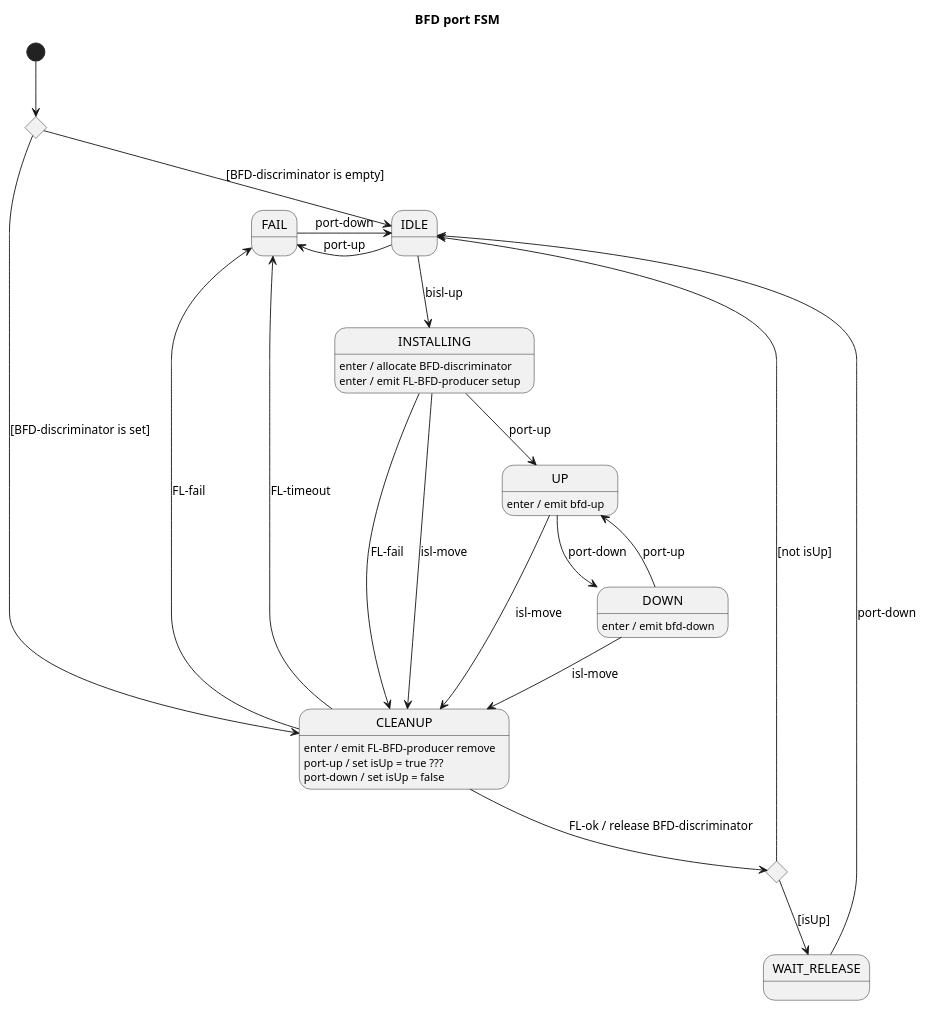
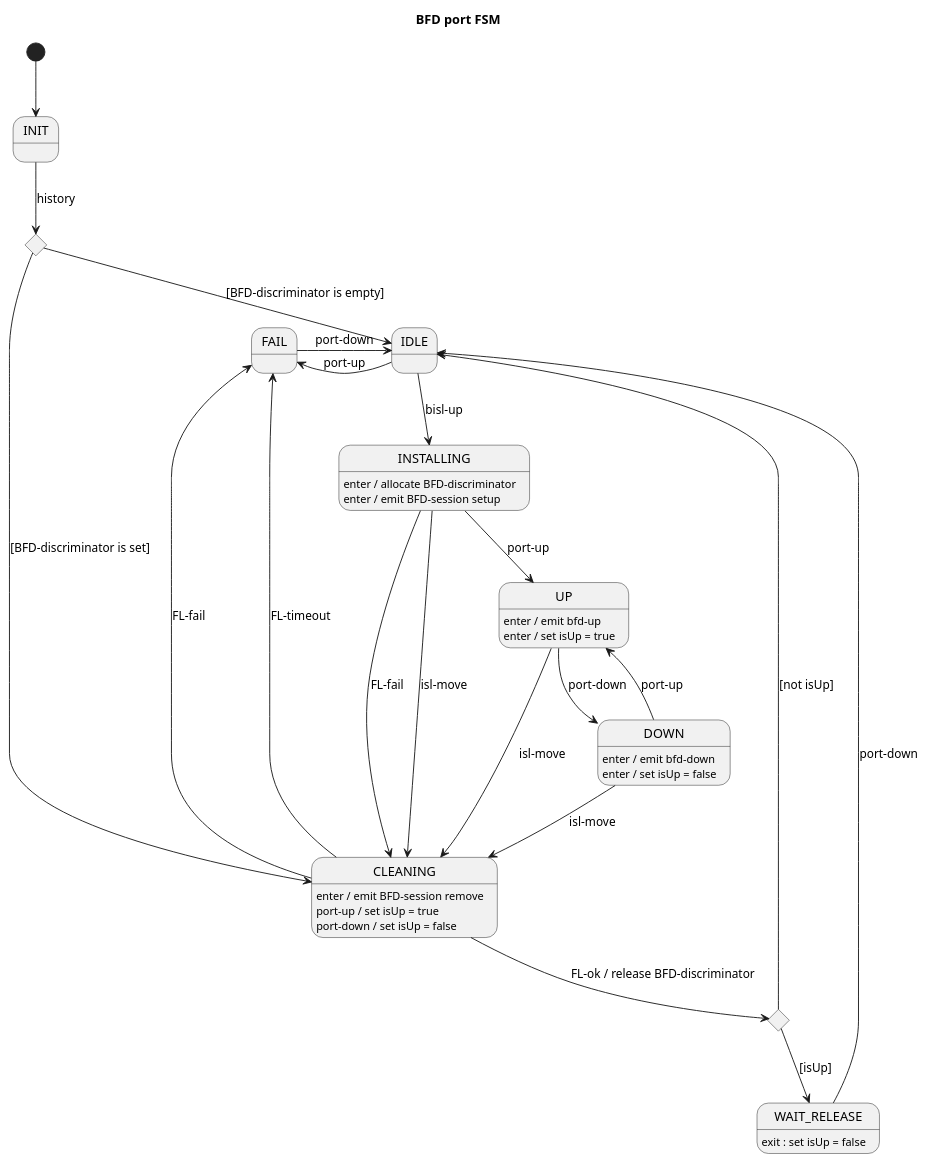
The diagram in docs/design/network-discovery/bfd-port-FSM.puml (mikalstill/open-kilda), drawn with PlantUML before and after one commit. The commit also changed other lines of this file and 27 other files, not shown here.

```diff
--- a/docs/design/network-discovery/bfd-port-FSM.puml
+++ b/docs/design/network-discovery/bfd-port-FSM.puml
@@ -18,44 +18,48 @@
 @startuml
 title BFD port FSM
 
+[*] --> INIT
+
 state initChoice <<choice>>
-[*] --> initChoice
+INIT --> initChoice : history
 
 initChoice --> IDLE : [BFD-discriminator is empty]
-initChoice --> CLEANUP : [BFD-discriminator is set]
+initChoice --> CLEANING : [BFD-discriminator is set]
 
 IDLE --> INSTALLING : bisl-up
 IDLE -l-> FAIL : port-up
 
 INSTALLING --> UP : port-up
-INSTALLING --> CLEANUP : FL-fail
-INSTALLING --> CLEANUP : isl-move
+INSTALLING --> CLEANING : FL-fail
+INSTALLING --> CLEANING : isl-move
 INSTALLING : enter / allocate BFD-discriminator
-INSTALLING : enter / emit FL-BFD-producer setup
+INSTALLING : enter / emit BFD-session setup
 
-state cleanupChoice <<choice>>
+state cleaningChoice <<choice>>
 
-CLEANUP --> cleanupChoice : FL-ok / release BFD-discriminator
-CLEANUP --> FAIL : FL-fail
-CLEANUP --> FAIL : FL-timeout
-CLEANUP : enter / emit FL-BFD-producer remove
-CLEANUP : port-up / set isUp = true ???
-CLEANUP : port-down / set isUp = false
+CLEANING --> cleaningChoice : FL-ok / release BFD-discriminator
+CLEANING --> FAIL : FL-fail
+CLEANING --> FAIL : FL-timeout
+CLEANING : enter / emit BFD-session remove
+CLEANING : port-up / set isUp = true
+CLEANING : port-down / set isUp = false
 
-cleanupChoice --> IDLE : [not isUp]
-cleanupChoice --> WAIT_RELEASE : [isUp]
+cleaningChoice --> IDLE : [not isUp]
+cleaningChoice --> WAIT_RELEASE : [isUp]
 
 WAIT_RELEASE --> IDLE : port-down
+WAIT_RELEASE : exit : set isUp = false
 
 UP --> DOWN : port-down
-UP --> CLEANUP : isl-move
+UP --> CLEANING : isl-move
 UP : enter / emit bfd-up
+UP : enter / set isUp = true
 
 DOWN --> UP : port-up
-DOWN --> CLEANUP : isl-move
+DOWN --> CLEANING : isl-move
 DOWN : enter / emit bfd-down
+DOWN : enter / set isUp = false
 
 FAIL -r-> IDLE : port-down
 
-
 @enduml
```
